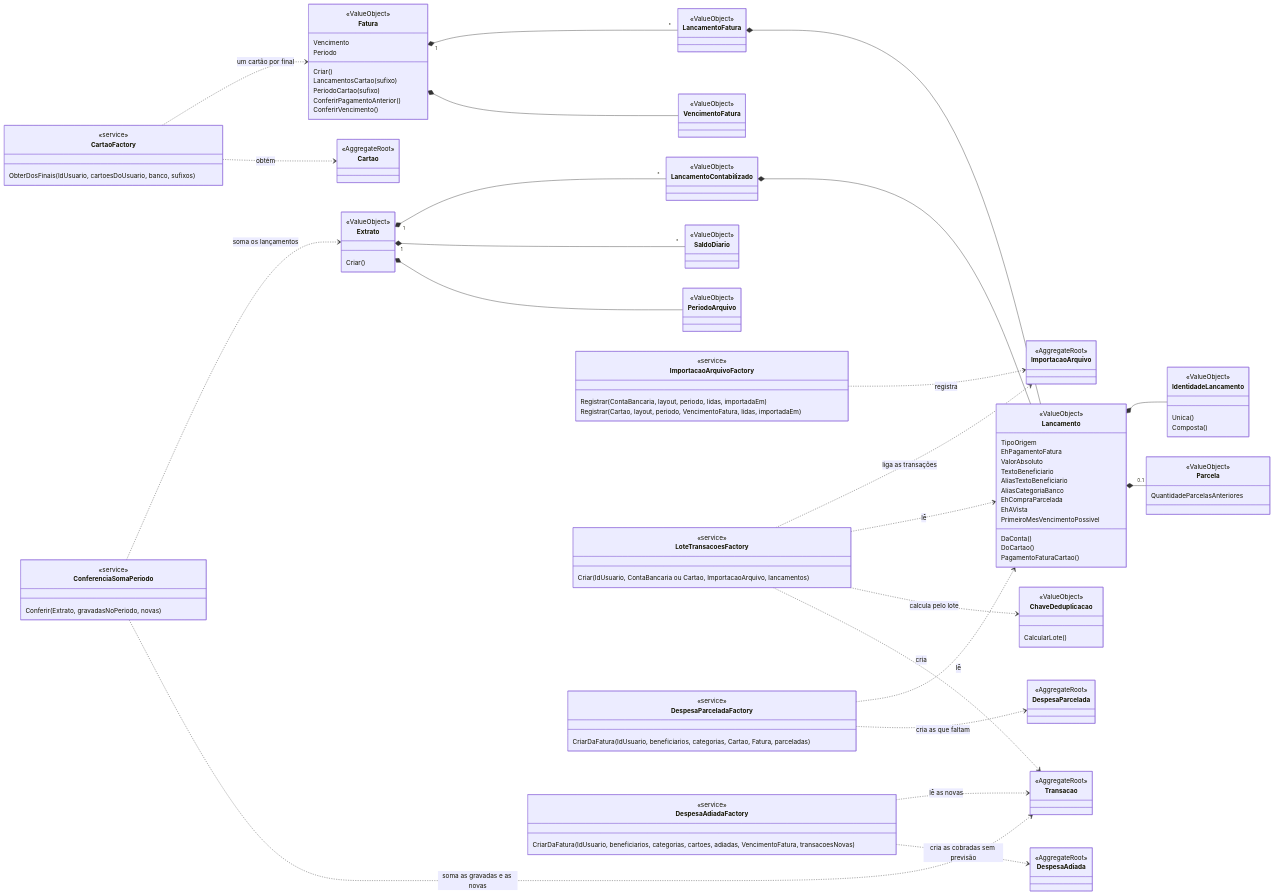
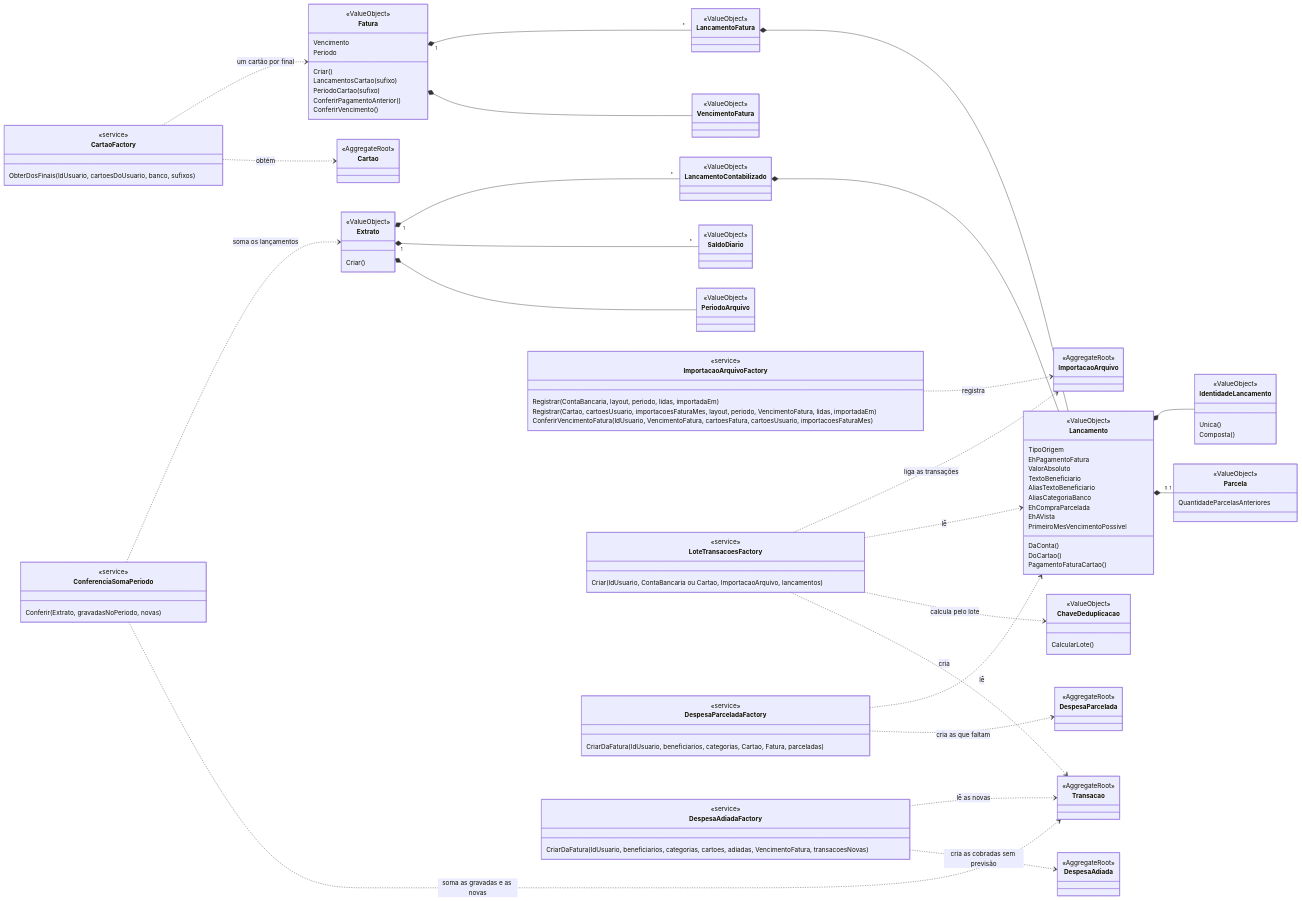
Before and after one commit to humbertosampaio/controle-financeiro: the second of 2 diagrams in docs/modelo-de-dominio.md, drawn with Mermaid. The commit also changed other lines of this file and 1 other file, not shown here.

First line of the commit message:
docs(dominio): Descreve o vencimento único da fatura importada

```diff
--- a/docs/modelo-de-dominio.md
+++ b/docs/modelo-de-dominio.md
@@ -407,7 +412,8 @@
     class ImportacaoArquivoFactory {
         <<service>>
         Registrar(ContaBancaria, layout, periodo, lidas, importadaEm)
-        Registrar(Cartao, layout, periodo, VencimentoFatura, lidas, importadaEm)
+        Registrar(Cartao, cartoesUsuario, importacoesFaturaMes, layout, periodo, VencimentoFatura, lidas, importadaEm)
+        ConferirVencimentoFatura(IdUsuario, VencimentoFatura, cartoesFatura, cartoesUsuario, importacoesFaturaMes)
     }
     class LoteTransacoesFactory {
         <<service>>
```
